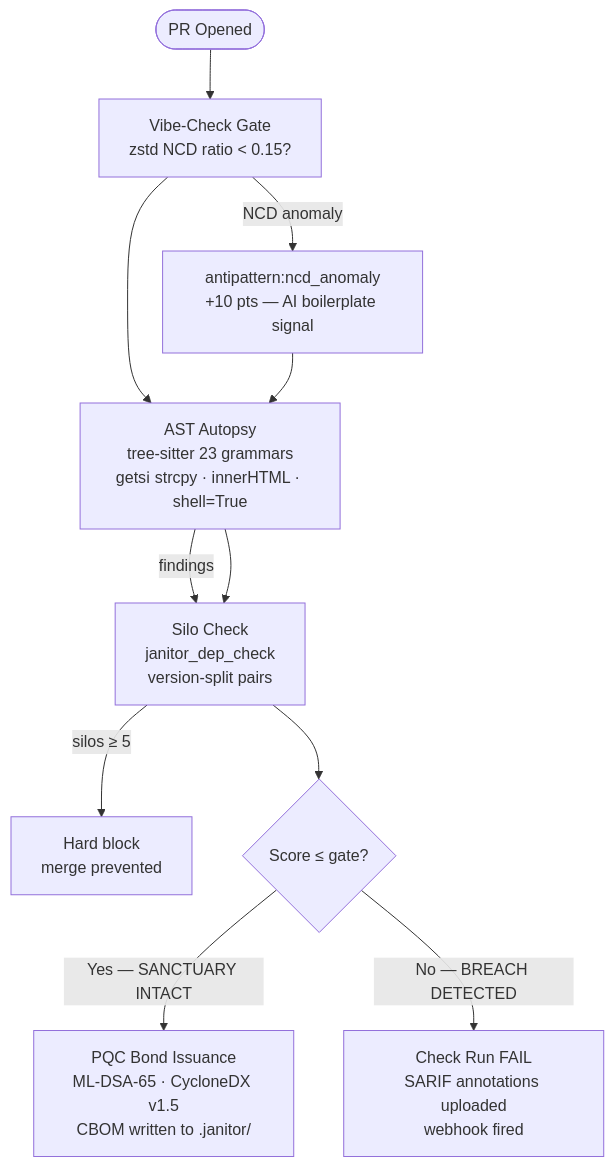
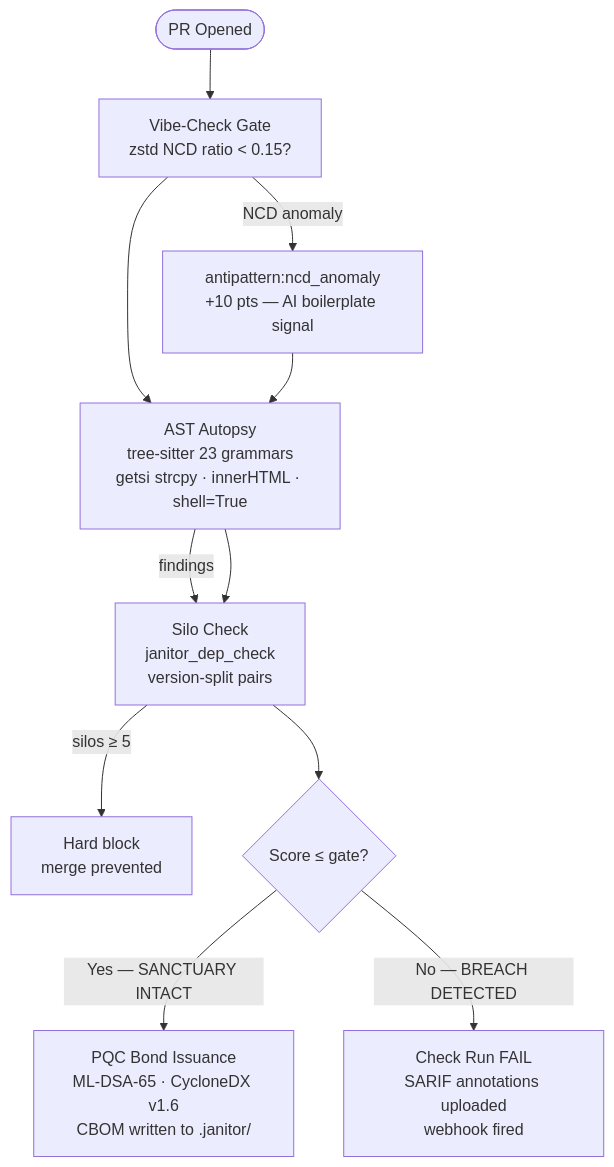
The diagram in docs/architecture.md (janitor-security/the-janitor), drawn with Mermaid before and after one commit. The commit also changed other lines of this file and 28 other files, not shown here.

````diff
--- a/docs/architecture.md
+++ b/docs/architecture.md
@@ -819,13 +819,13 @@
 ```mermaid
 flowchart TD
     A([PR Opened]) --> B[Vibe-Check Gate\nzstd NCD ratio < 0.15?]
     B -->|NCD anomaly| C[antipattern:ncd_anomaly\n+10 pts — AI boilerplate signal]
     B --> D[AST Autopsy\ntree-sitter 23 grammars\ngetsℹ strcpy · innerHTML · shell=True]
     C --> D
     D -->|findings| E[Silo Check\njanitor_dep_check\nversion-split pairs]
     D --> E
     E -->|silos ≥ 5| F[Hard block\nmerge prevented]
     E --> G{Score ≤ gate?}
-    G -->|Yes — SANCTUARY INTACT| H[PQC Bond Issuance\nML-DSA-65 · CycloneDX v1.5\nCBOM written to .janitor/]
+    G -->|Yes — SANCTUARY INTACT| H[PQC Bond Issuance\nML-DSA-65 · CycloneDX v1.6\nCBOM written to .janitor/]
     G -->|No — BREACH DETECTED| I[Check Run FAIL\nSARIF annotations uploaded\nwebhook fired]
 ```
````
